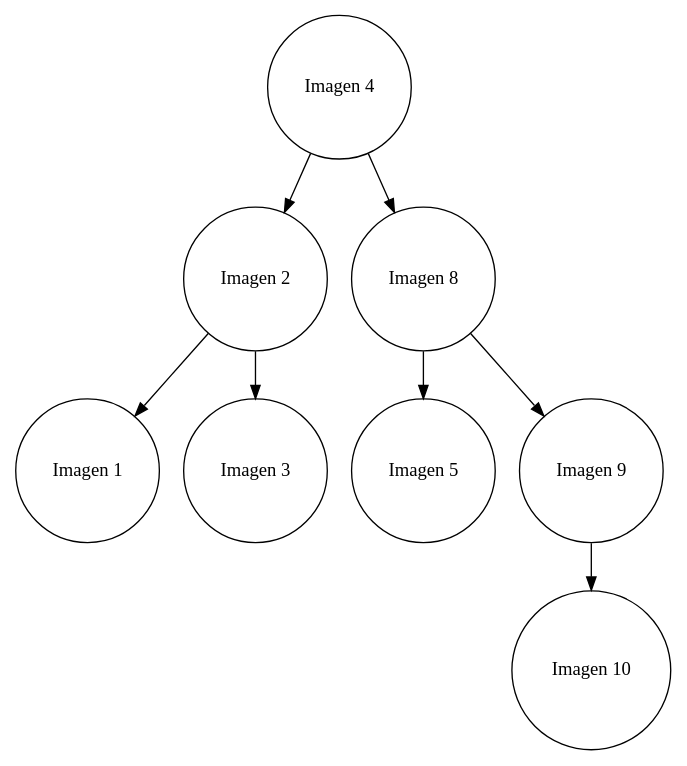
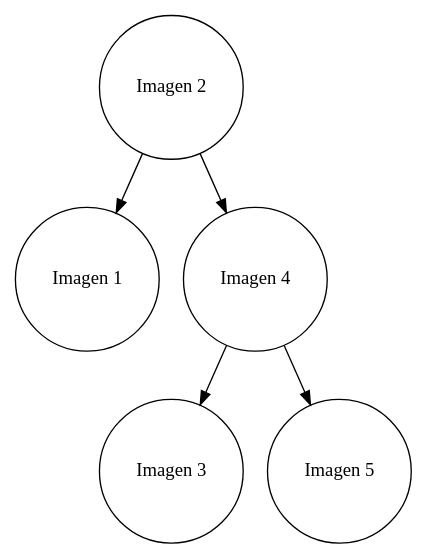
Before and after one commit to diegomazariegos2002/EDD_UDRAWING_FASE_202003975: the diagram in Fase 2/fase2_EDD/Clientes/Cliente_1/Imagenes/Arbol_AVL_Imagenes/Arbol_AVL_Imagenes.dot, drawn with Graphviz. The commit also changed 24 other files, not shown here.

```diff
--- a/Fase 2/fase2_EDD/Clientes/Cliente_1/Imagenes/Arbol_AVL_Imagenes/Arbol_AVL_Imagenes.dot
+++ b/Fase 2/fase2_EDD/Clientes/Cliente_1/Imagenes/Arbol_AVL_Imagenes/Arbol_AVL_Imagenes.dot
@@ -1,33 +1,21 @@
 digraph binaryTree { 
 node[shape = circle]; 
 
-Nodo1935168427[label = "Imagen 4"];
+Nodo1870676737[label = "Imagen 2"];
 
-Nodo1935168427 -> Nodo696239527; 
+Nodo1870676737 -> Nodo85737747; 
 
-Nodo1935168427 -> Nodo339436332; 
+Nodo1870676737 -> Nodo297209253; 
 
-Nodo696239527[label = "Imagen 2"];
+Nodo85737747[label = "Imagen 1"];
 
-Nodo696239527 -> Nodo1995594099; 
+Nodo297209253[label = "Imagen 4"];
 
-Nodo696239527 -> Nodo892486033; 
+Nodo297209253 -> Nodo2048166906; 
 
-Nodo1995594099[label = "Imagen 1"];
+Nodo297209253 -> Nodo392255474; 
 
-Nodo892486033[label = "Imagen 3"];
+Nodo2048166906[label = "Imagen 3"];
 
-Nodo339436332[label = "Imagen 8"];
-
-Nodo339436332 -> Nodo1647831149; 
-
-Nodo339436332 -> Nodo613047058; 
-
-Nodo1647831149[label = "Imagen 5"];
-
-Nodo613047058[label = "Imagen 9"];
-
-Nodo613047058 -> Nodo1506389792; 
-
-Nodo1506389792[label = "Imagen 10"];
+Nodo392255474[label = "Imagen 5"];
 }
```
